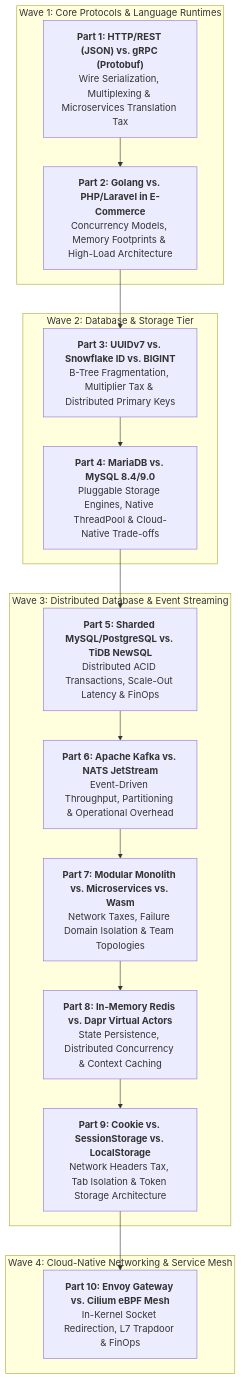
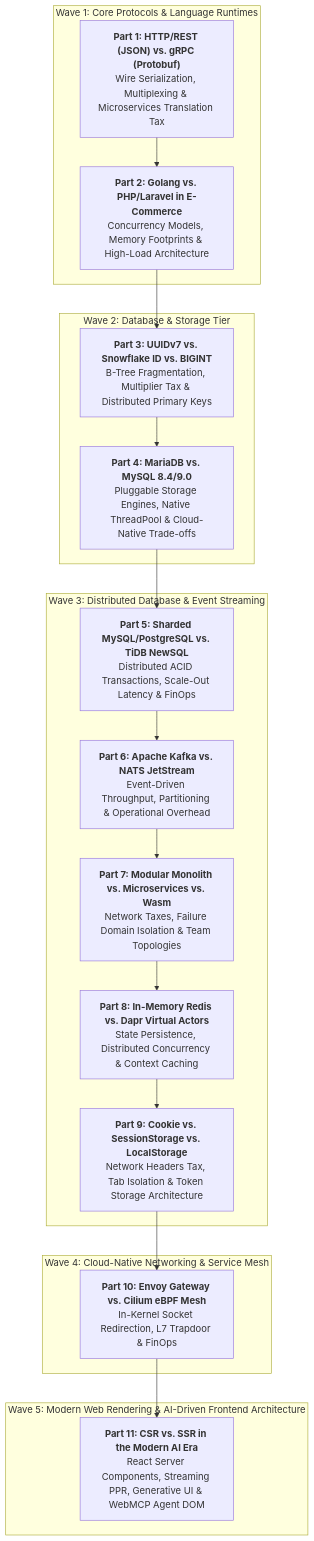
One commit to vesviet/vesviet changed the diagram in content/series/architectural-tradeoffs-showdowns/_index.md. Above: the diagram before and after it, drawn with Mermaid. The commit also changed other lines of this file and 6 other files, not shown here.

Commit message:
feat(series): publish showdowns part 11 on csr vs ssr in the ai era

````diff
--- a/content/series/architectural-tradeoffs-showdowns/_index.md
+++ b/content/series/architectural-tradeoffs-showdowns/_index.md
@@ -38,23 +38,26 @@
 ```mermaid
 flowchart TD
     subgraph Wave1 ["Wave 1: Core Protocols & Language Runtimes"]
         P1["<b>Part 1: HTTP/REST (JSON) vs. gRPC (Protobuf)</b><br/>Wire Serialization, Multiplexing & Microservices Translation Tax"]
         P2["<b>Part 2: Golang vs. PHP/Laravel in E-Commerce</b><br/>Concurrency Models, Memory Footprints & High-Load Architecture"]
     end
     subgraph Wave2 ["Wave 2: Database & Storage Tier"]
         P3["<b>Part 3: UUIDv7 vs. Snowflake ID vs. BIGINT</b><br/>B-Tree Fragmentation, Multiplier Tax & Distributed Primary Keys"]
         P4["<b>Part 4: MariaDB vs. MySQL 8.4/9.0</b><br/>Pluggable Storage Engines, Native ThreadPool & Cloud-Native Trade-offs"]
     end
     subgraph Wave3 ["Wave 3: Distributed Database & Event Streaming"]
         P5["<b>Part 5: Sharded MySQL/PostgreSQL vs. TiDB NewSQL</b><br/>Distributed ACID Transactions, Scale-Out Latency & FinOps"]
         P6["<b>Part 6: Apache Kafka vs. NATS JetStream</b><br/>Event-Driven Throughput, Partitioning & Operational Overhead"]
         P7["<b>Part 7: Modular Monolith vs. Microservices vs. Wasm</b><br/>Network Taxes, Failure Domain Isolation & Team Topologies"]
         P8["<b>Part 8: In-Memory Redis vs. Dapr Virtual Actors</b><br/>State Persistence, Distributed Concurrency & Context Caching"]
         P9["<b>Part 9: Cookie vs. SessionStorage vs. LocalStorage</b><br/>Network Headers Tax, Tab Isolation & Token Storage Architecture"]
     end
     subgraph Wave4 ["Wave 4: Cloud-Native Networking & Service Mesh"]
         P10["<b>Part 10: Envoy Gateway vs. Cilium eBPF Mesh</b><br/>In-Kernel Socket Redirection, L7 Trapdoor & FinOps"]
     end
+    subgraph Wave5 ["Wave 5: Modern Web Rendering & AI-Driven Frontend Architecture"]
+        P11["<b>Part 11: CSR vs. SSR in the Modern AI Era</b><br/>React Server Components, Streaming PPR, Generative UI & WebMCP Agent DOM"]
+    end
 
-    P1 --> P2 --> P3 --> P4 --> P5 --> P6 --> P7 --> P8 --> P9 --> P10
+    P1 --> P2 --> P3 --> P4 --> P5 --> P6 --> P7 --> P8 --> P9 --> P10 --> P11
 ```
````
